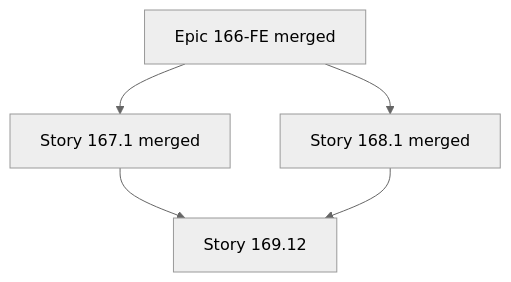
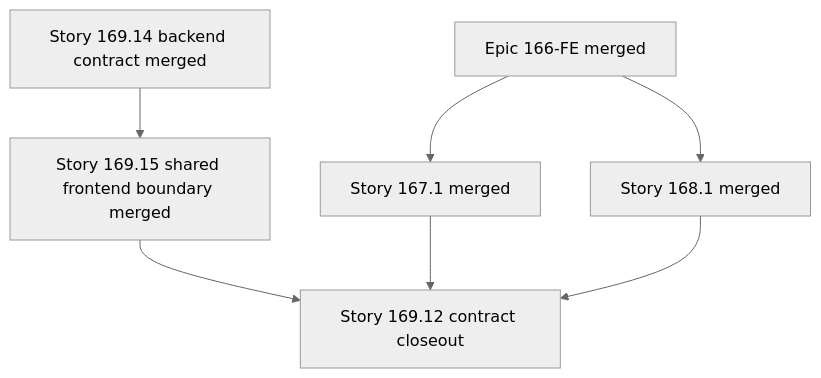
Before and after one commit to salacoste/wb-erp-system-daytona-FE: the diagram in .omx/plans/169.12-migrate-storage-analytics-and-paid-storage-import.md, drawn with Mermaid (neutral theme). The commit also changed other lines of this file and 9 other files, not shown here.

````diff
--- a/.omx/plans/169.12-migrate-storage-analytics-and-paid-storage-import.md
+++ b/.omx/plans/169.12-migrate-storage-analytics-and-paid-storage-import.md
@@ -44,8 +52,10 @@
 ```mermaid
 flowchart TD
   E166["Epic 166-FE merged"] --> S167_1["Story 167.1 merged"]
   E166 --> S168_1["Story 168.1 merged"]
-  S167_1 --> THIS["Story 169.12"]
+  S169_14["Story 169.14 backend contract merged"] --> S169_15["Story 169.15 shared frontend boundary merged"]
+  S169_15 --> THIS["Story 169.12 contract closeout"]
+  S167_1 --> THIS["Story 169.12 contract closeout"]
   S168_1 --> THIS
 
 ```
````
